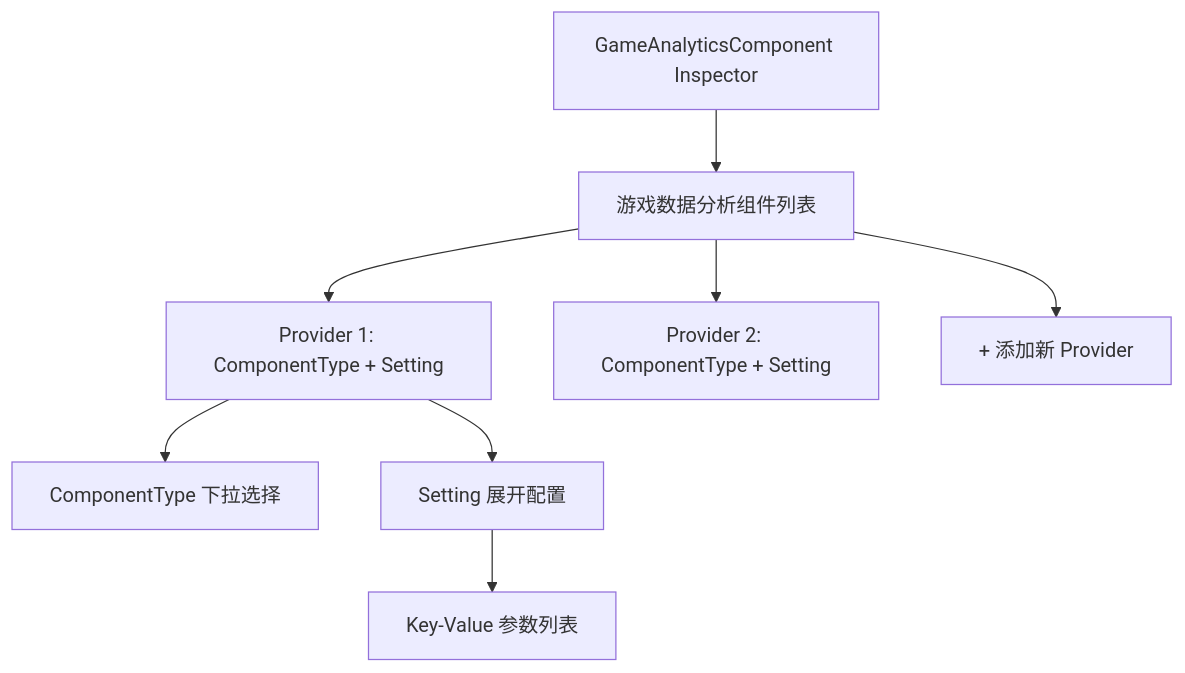
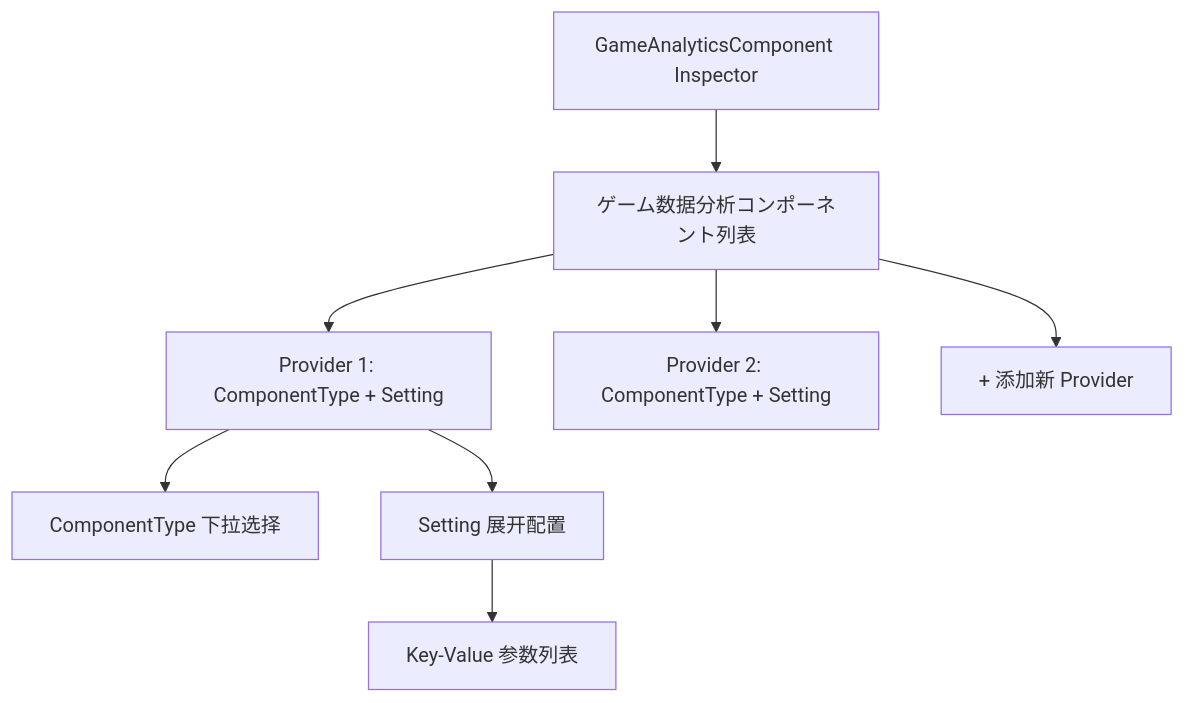
One commit to AlianBlank/GameFrameX.Docs changed the first of 2 diagrams in docs/ja/client/unity/component/gameanalytics/05.configuration.md. Above: the diagram before and after it, drawn with Mermaid. The commit also changed other lines of this file and 603 other files, not shown here.

````diff
--- a/docs/ja/client/unity/component/gameanalytics/05.configuration.md
+++ b/docs/ja/client/unity/component/gameanalytics/05.configuration.md
@@ -37,11 +37,11 @@
 ```mermaid
 flowchart TD
-    A[GameAnalyticsComponent Inspector] --> B[游戏数据分析组件列表]
+    A[GameAnalyticsComponent Inspector] --> B[ゲーム数据分析コンポーネント列表]
     B --> C[Provider 1: ComponentType + Setting]
     B --> D[Provider 2: ComponentType + Setting]
     B --> E[+ 添加新 Provider]
     
     C --> C1[ComponentType 下拉选择]
     C --> C2[Setting 展开配置]
     C2 --> C2a[Key-Value 参数列表]
 ```
````
